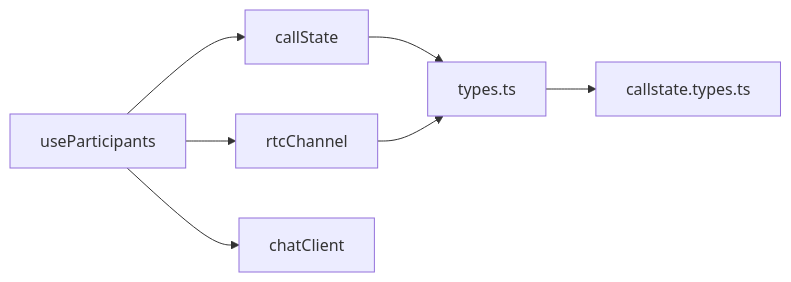
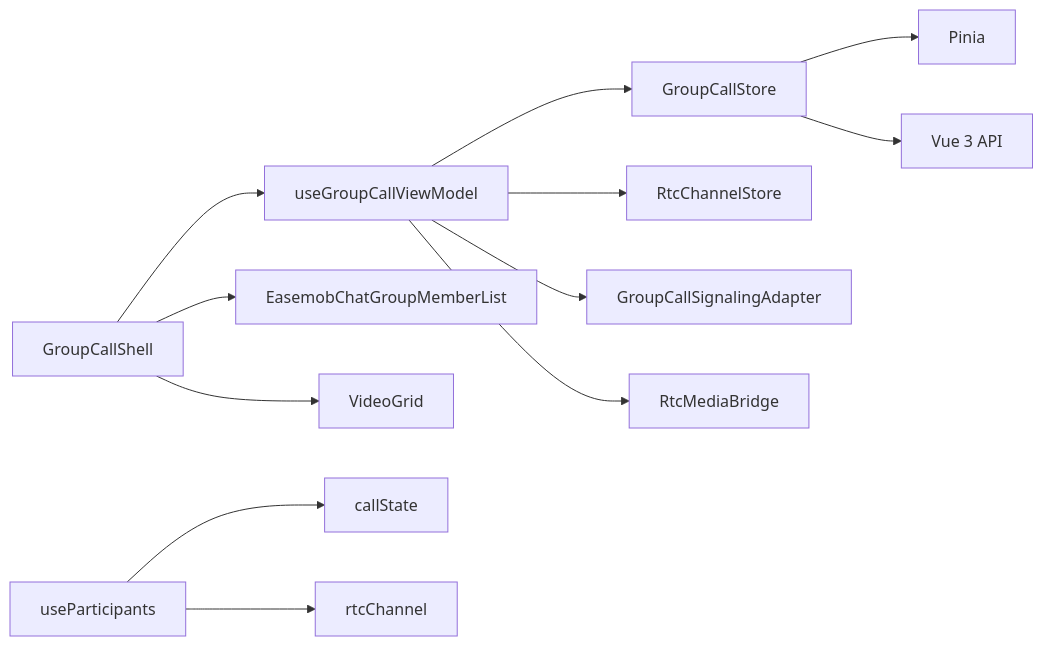
Before and after one commit to Easemob-Community/easemob-uikit-callkit-vue3: the seventh of 7 diagrams in .qoder/repowiki/zh/content/核心组件/群组通话组件/群组成员管理.md, drawn with Mermaid. The commit also changed other lines of this file and 54 other files, not shown here.

First line of the commit message:
refactor: 清理废弃代码 + 移出 RtcService 实例 + API 便捷性优化

````diff
--- a/.qoder/repowiki/zh/content/核心组件/群组通话组件/群组成员管理.md
+++ b/.qoder/repowiki/zh/content/核心组件/群组通话组件/群组成员管理.md
@@ -263,9 +346,14 @@
 ```mermaid
 graph LR
+GCS["GroupCallStore"] --> Pinia["Pinia"]
+GCS --> Vue["Vue 3 API"]
+GVM["useGroupCallViewModel"] --> GCS
+GVM --> RtcChannel["RtcChannelStore"]
+GVM --> Signaling["GroupCallSignalingAdapter"]
+GVM --> MediaBridge["RtcMediaBridge"]
+GCSH["GroupCallShell"] --> GVM
+GCSH --> MemberList["EasemobChatGroupMemberList"]
+GCSH --> VideoGrid["VideoGrid"]
 UP["useParticipants"] --> CS["callState"]
 UP --> RC["rtcChannel"]
-UP --> CC["chatClient"]
-CS --> Types["types.ts"]
-RC --> Types
-Types --> CT["callstate.types.ts"]
 ```
````
